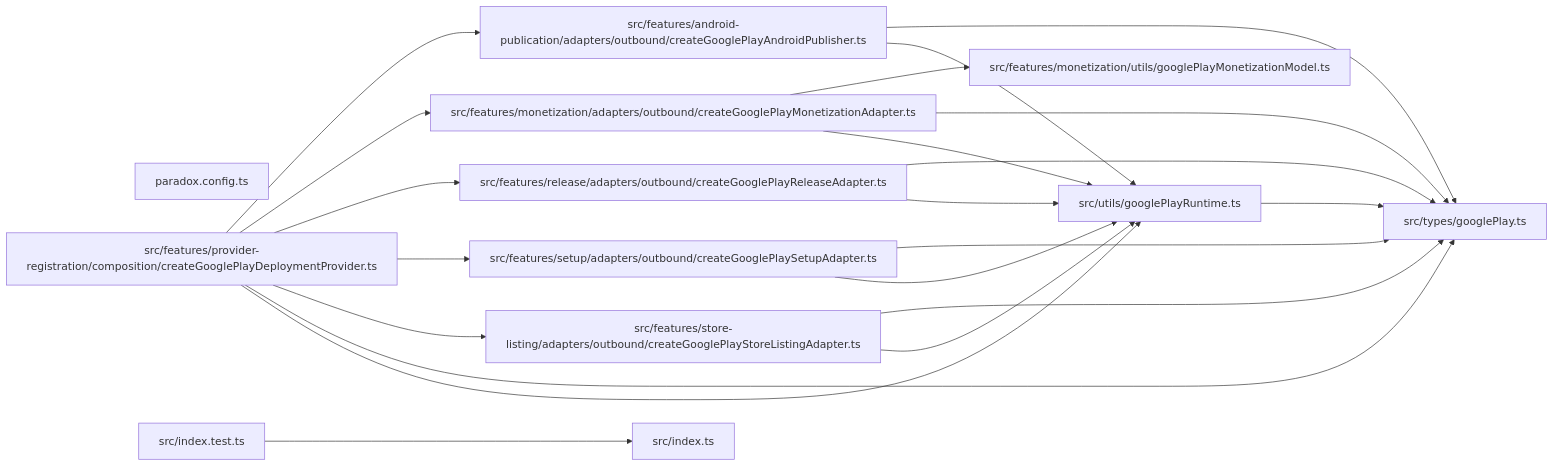
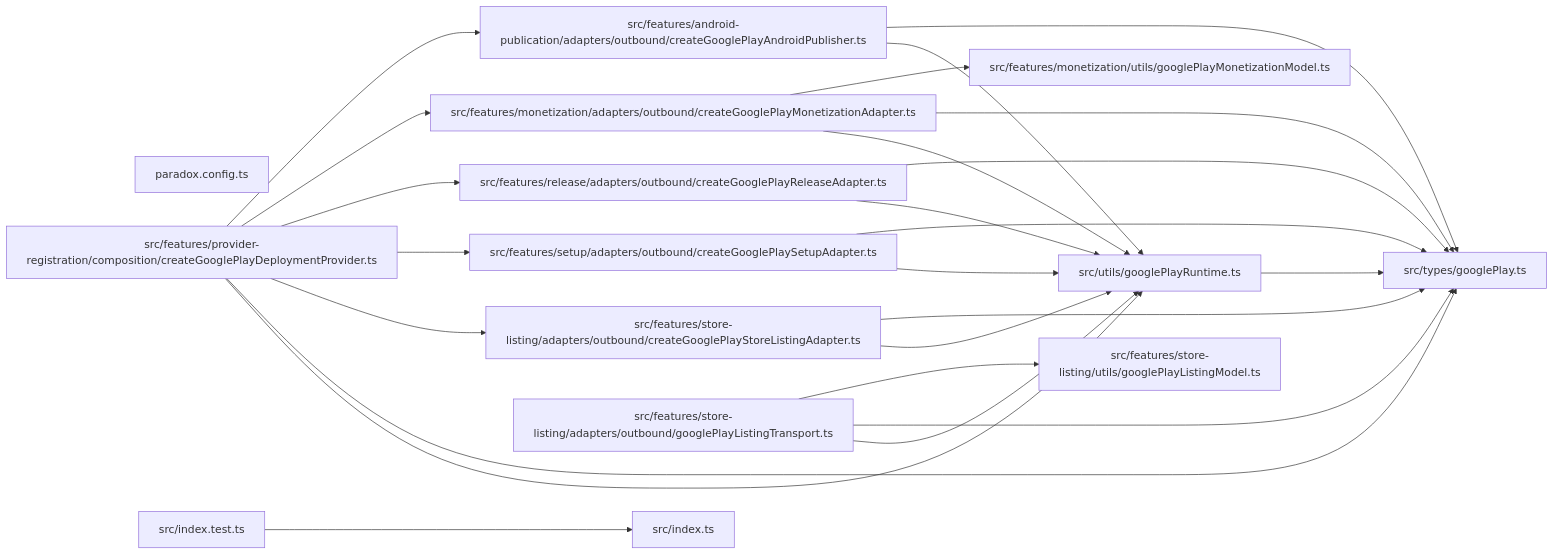
The diagram in paradox/diagrams/module-relationships.mmd (ankhorage/deploy-provider-google-play), drawn with Mermaid before and after one commit. The commit also changed 6 other files, not shown here.

Commit message:
chore: prepare Google Play provider [prepared]

```diff
--- a/paradox/diagrams/module-relationships.mmd
+++ b/paradox/diagrams/module-relationships.mmd
@@ -1,33 +1,38 @@
 graph LR
   module_paradox_config_ts["paradox.config.ts"]
   module_src_features_android_publication_adapters_outbound_createGooglePlayAndroidPublisher_ts["src/features/android-publication/adapters/outbound/createGooglePlayAndroidPublisher.ts"]
   module_src_features_monetization_adapters_outbound_createGooglePlayMonetizationAdapter_ts["src/features/monetization/adapters/outbound/createGooglePlayMonetizationAdapter.ts"]
   module_src_features_monetization_utils_googlePlayMonetizationModel_ts["src/features/monetization/utils/googlePlayMonetizationModel.ts"]
   module_src_features_provider_registration_composition_createGooglePlayDeploymentProvider_ts["src/features/provider-registration/composition/createGooglePlayDeploymentProvider.ts"]
   module_src_features_release_adapters_outbound_createGooglePlayReleaseAdapter_ts["src/features/release/adapters/outbound/createGooglePlayReleaseAdapter.ts"]
   module_src_features_setup_adapters_outbound_createGooglePlaySetupAdapter_ts["src/features/setup/adapters/outbound/createGooglePlaySetupAdapter.ts"]
   module_src_features_store_listing_adapters_outbound_createGooglePlayStoreListingAdapter_ts["src/features/store-listing/adapters/outbound/createGooglePlayStoreListingAdapter.ts"]
+  module_src_features_store_listing_adapters_outbound_googlePlayListingTransport_ts["src/features/store-listing/adapters/outbound/googlePlayListingTransport.ts"]
+  module_src_features_store_listing_utils_googlePlayListingModel_ts["src/features/store-listing/utils/googlePlayListingModel.ts"]
   module_src_index_test_ts["src/index.test.ts"]
   module_src_index_ts["src/index.ts"]
   module_src_types_googlePlay_ts["src/types/googlePlay.ts"]
   module_src_utils_googlePlayRuntime_ts["src/utils/googlePlayRuntime.ts"]
   module_src_features_android_publication_adapters_outbound_createGooglePlayAndroidPublisher_ts --> module_src_types_googlePlay_ts
   module_src_features_android_publication_adapters_outbound_createGooglePlayAndroidPublisher_ts --> module_src_utils_googlePlayRuntime_ts
   module_src_features_monetization_adapters_outbound_createGooglePlayMonetizationAdapter_ts --> module_src_features_monetization_utils_googlePlayMonetizationModel_ts
   module_src_features_monetization_adapters_outbound_createGooglePlayMonetizationAdapter_ts --> module_src_types_googlePlay_ts
   module_src_features_monetization_adapters_outbound_createGooglePlayMonetizationAdapter_ts --> module_src_utils_googlePlayRuntime_ts
   module_src_features_provider_registration_composition_createGooglePlayDeploymentProvider_ts --> module_src_features_android_publication_adapters_outbound_createGooglePlayAndroidPublisher_ts
   module_src_features_provider_registration_composition_createGooglePlayDeploymentProvider_ts --> module_src_features_monetization_adapters_outbound_createGooglePlayMonetizationAdapter_ts
   module_src_features_provider_registration_composition_createGooglePlayDeploymentProvider_ts --> module_src_features_release_adapters_outbound_createGooglePlayReleaseAdapter_ts
   module_src_features_provider_registration_composition_createGooglePlayDeploymentProvider_ts --> module_src_features_setup_adapters_outbound_createGooglePlaySetupAdapter_ts
   module_src_features_provider_registration_composition_createGooglePlayDeploymentProvider_ts --> module_src_features_store_listing_adapters_outbound_createGooglePlayStoreListingAdapter_ts
   module_src_features_provider_registration_composition_createGooglePlayDeploymentProvider_ts --> module_src_types_googlePlay_ts
   module_src_features_provider_registration_composition_createGooglePlayDeploymentProvider_ts --> module_src_utils_googlePlayRuntime_ts
   module_src_features_release_adapters_outbound_createGooglePlayReleaseAdapter_ts --> module_src_types_googlePlay_ts
   module_src_features_release_adapters_outbound_createGooglePlayReleaseAdapter_ts --> module_src_utils_googlePlayRuntime_ts
   module_src_features_setup_adapters_outbound_createGooglePlaySetupAdapter_ts --> module_src_types_googlePlay_ts
   module_src_features_setup_adapters_outbound_createGooglePlaySetupAdapter_ts --> module_src_utils_googlePlayRuntime_ts
   module_src_features_store_listing_adapters_outbound_createGooglePlayStoreListingAdapter_ts --> module_src_types_googlePlay_ts
   module_src_features_store_listing_adapters_outbound_createGooglePlayStoreListingAdapter_ts --> module_src_utils_googlePlayRuntime_ts
+  module_src_features_store_listing_adapters_outbound_googlePlayListingTransport_ts --> module_src_features_store_listing_utils_googlePlayListingModel_ts
+  module_src_features_store_listing_adapters_outbound_googlePlayListingTransport_ts --> module_src_types_googlePlay_ts
+  module_src_features_store_listing_adapters_outbound_googlePlayListingTransport_ts --> module_src_utils_googlePlayRuntime_ts
   module_src_index_test_ts --> module_src_index_ts
   module_src_utils_googlePlayRuntime_ts --> module_src_types_googlePlay_ts
```
